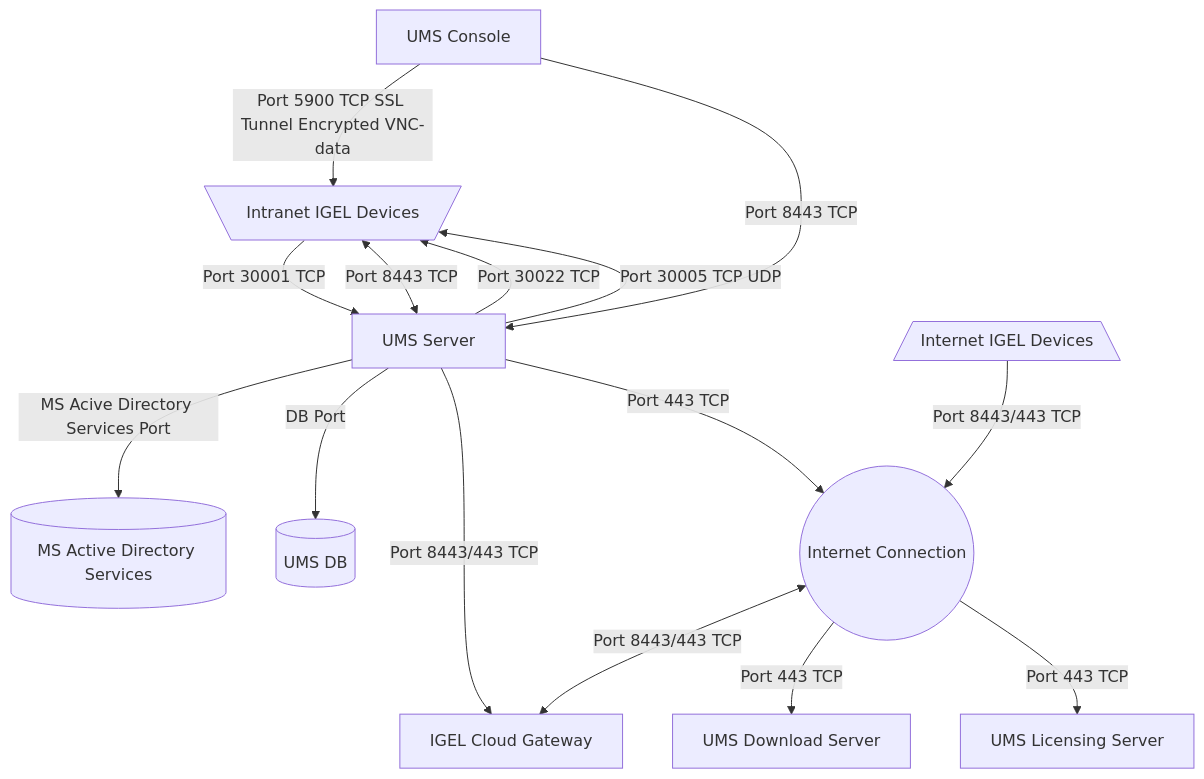
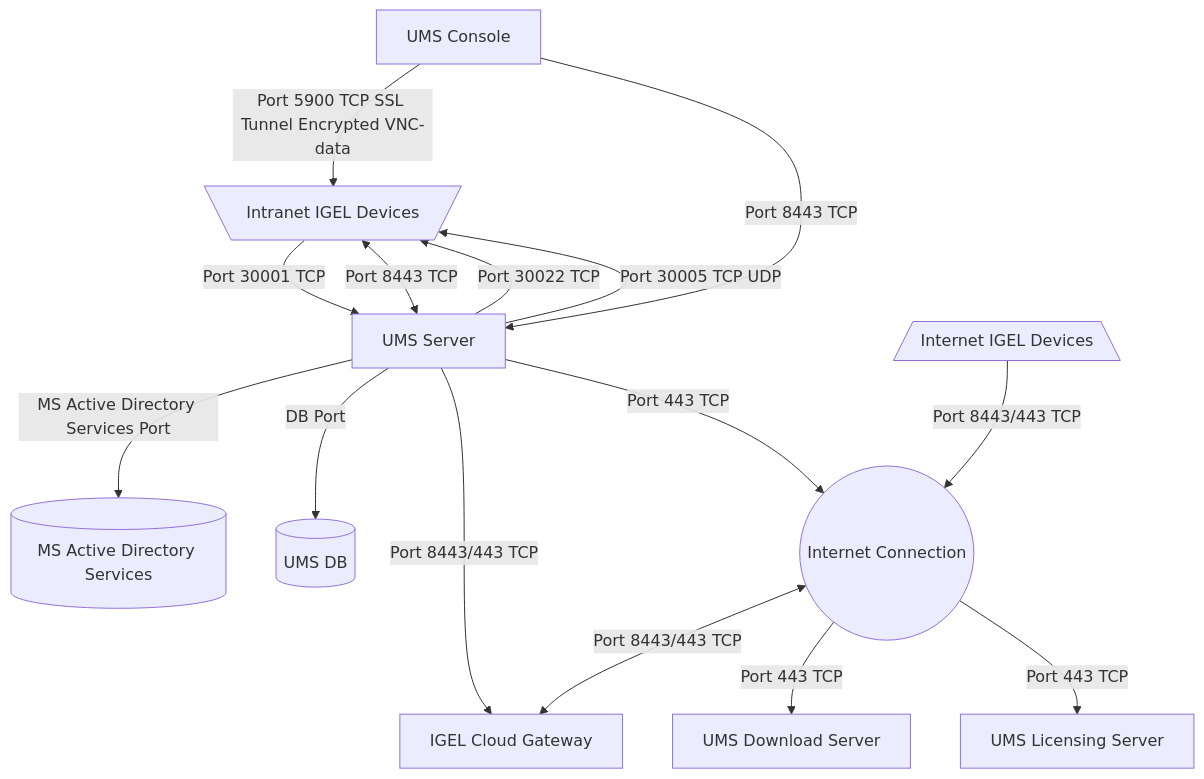
The diagram in Docs/HOWTO-Setup-Lab-Sandbox-Environment.md (woydziak/IGEL-Docs), drawn with Mermaid before and after one commit.

````diff
--- a/Docs/HOWTO-Setup-Lab-Sandbox-Environment.md
+++ b/Docs/HOWTO-Setup-Lab-Sandbox-Environment.md
@@ -7,17 +7,17 @@
 ```mermaid
 flowchart TD
   A[UMS Console]-- Port 5900 TCP SSL Tunnel Encrypted VNC-data --> B[\Intranet IGEL Devices/]
   A[UMS Console]-- Port 8443 TCP --> C[UMS Server]
   C[UMS Server]<-- Port 8443 TCP --> B[\Intranet IGEL Devices/]
-  C[UMS Server]-- MS Acive Directory Services Port --> D[(MS Active Directory Services)]
+  C[UMS Server]-- MS Active Directory Services Port --> D[(MS Active Directory Services)]
   C[UMS Server]-- DB Port--> E[(UMS DB)]
   C[UMS Server]-- Port 30022 TCP --> B[\Intranet IGEL Devices/]
   C[UMS Server]-- Port 30005 TCP UDP --> B[\Intranet IGEL Devices/]
   C[UMS Server]-- Port 8443/443 TCP --> F[IGEL Cloud Gateway]
   B[\Intranet IGEL Devices/]-- Port 30001 TCP --> C[UMS Server]
   G[/Internet IGEL Devices\]-- Port 8443/443 TCP --> H((Internet Connection))
   H((Internet Connection))<-- Port 8443/443 TCP --> F[IGEL Cloud Gateway]
   C[UMS Server]-- Port 443 TCP --> H((Internet Connection))
   H((Internet Connection))-- Port 443 TCP --> I[UMS Download Server]
   H((Internet Connection))-- Port 443 TCP --> J[UMS Licensing Server]
 ```
````
